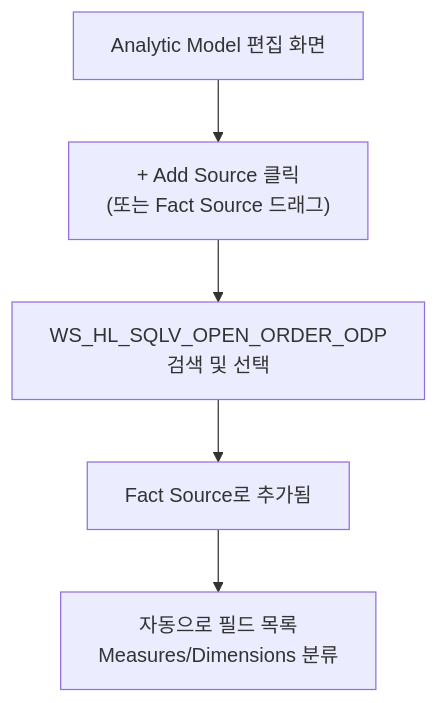
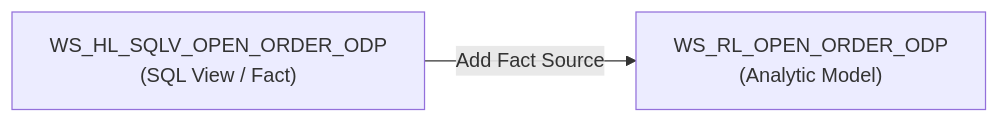
The second of 3 diagrams in labs/lab4a-odp-fact-view-am.md (youngseols925/sap-datasphere-bdc-workshop), drawn with Mermaid before and after one commit. The commit also changed other lines of this file and 2 other files, not shown here.

````diff
--- a/labs/lab4a-odp-fact-view-am.md
+++ b/labs/lab4a-odp-fact-view-am.md
@@ -177,7 +277,6 @@
 ```mermaid
-flowchart TD
-    A["Analytic Model 편집 화면"] --> B["+ Add Source 클릭\n(또는 Fact Source 드래그)"]
-    B --> C["WS_HL_SQLV_OPEN_ORDER_ODP\n검색 및 선택"]
-    C --> D["Fact Source로 추가됨"]
-    D --> E["자동으로 필드 목록\nMeasures/Dimensions 분류"]
+flowchart LR
+    FV["WS_HL_SQLV_OPEN_ORDER_ODP\n(SQL View / Fact)"]
+    AM["WS_RL_OPEN_ORDER_ODP\n(Analytic Model)"]
+    FV -->|"Add Fact Source"| AM
 ```
````
